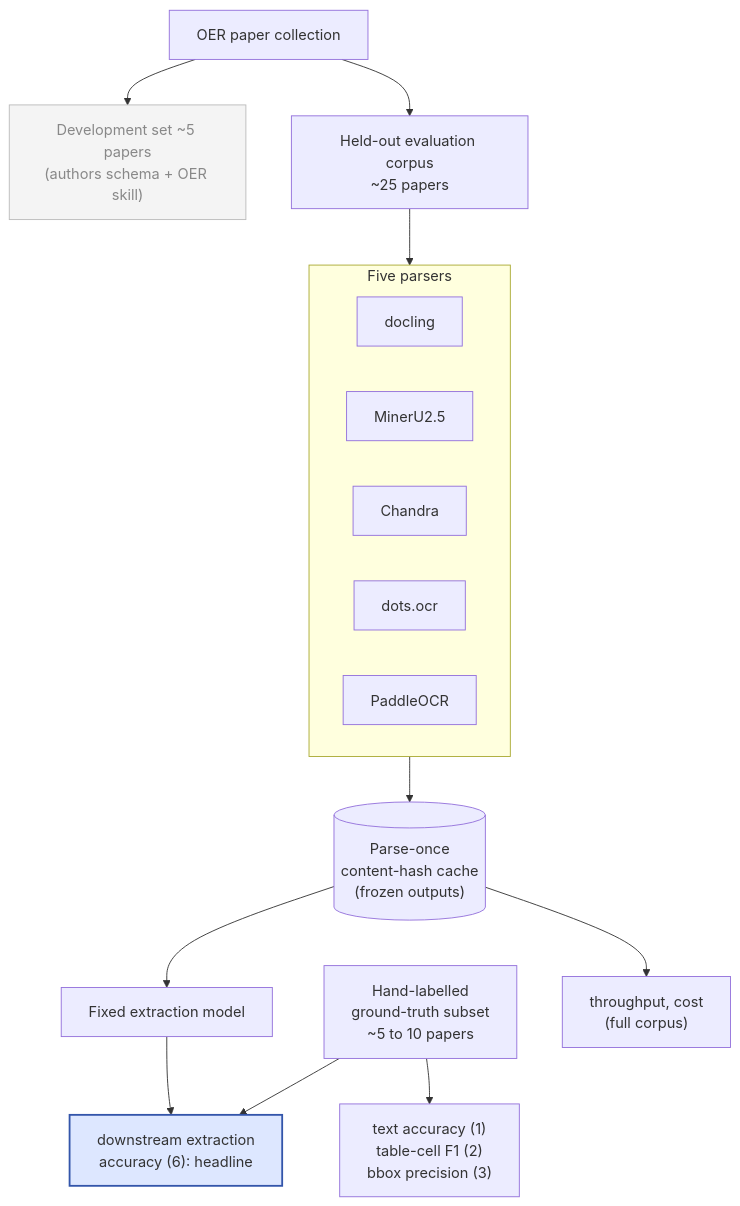
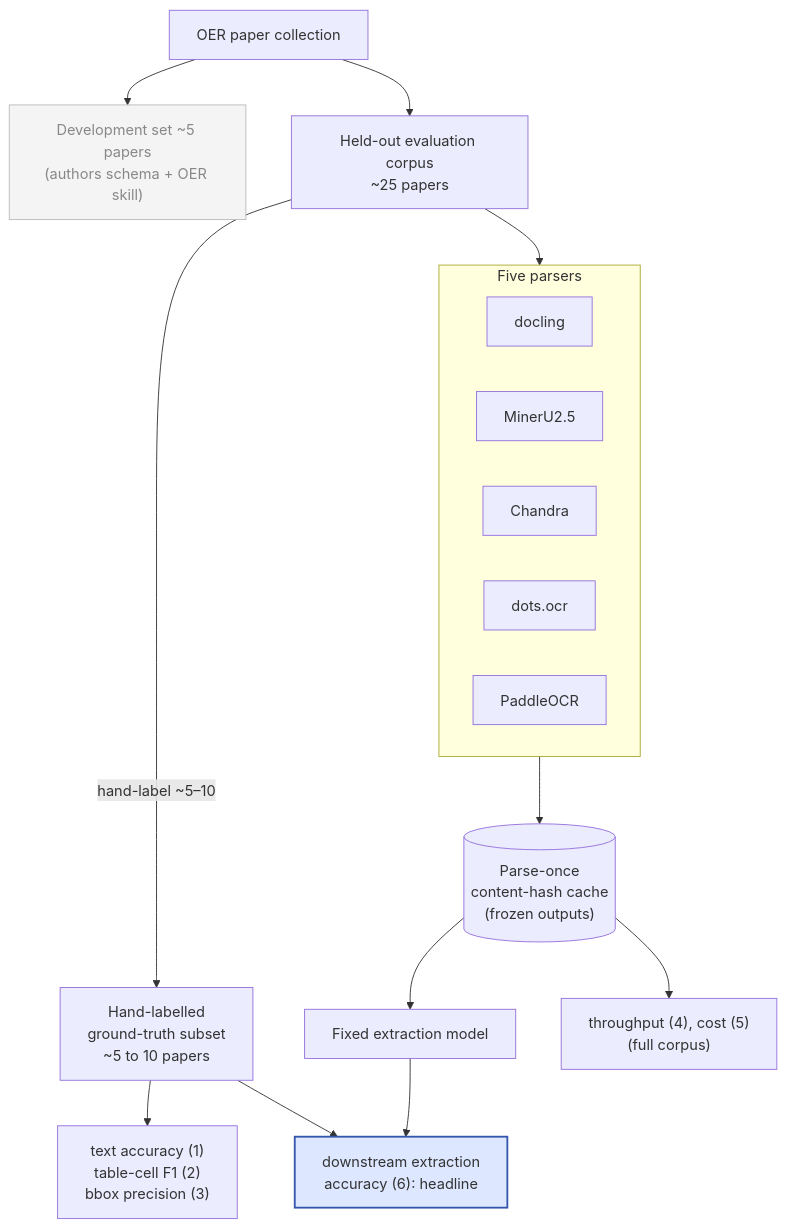
The diagram in report/figures/eval-methodology.mmd (sleipnir029/palimpsest), drawn with Mermaid before and after one commit. The commit also changed 9 other files, not shown here.

First line of the commit message:
docs(report): fix schema-first vs explore-first figure/prose contradiction

```diff
--- a/report/figures/eval-methodology.mmd
+++ b/report/figures/eval-methodology.mmd
@@ -1,26 +1,27 @@
 flowchart TB
     CORP["OER paper collection"]
     DEV["Development set ~5 papers<br/>(authors schema + OER skill)"]
     EVAL["Held-out evaluation corpus<br/>~25 papers"]
     CORP --> DEV
     CORP --> EVAL
     subgraph PARSERS["Five parsers"]
       direction LR
       P1["docling"]
       P2["MinerU2.5"]
       P3["Chandra"]
       P4["dots.ocr"]
       P5["PaddleOCR"]
     end
     EVAL --> PARSERS
     PARSERS --> CACHE[("Parse-once<br/>content-hash cache<br/>(frozen outputs)")]
     CACHE --> EXT["Fixed extraction model"]
     GT["Hand-labelled<br/>ground-truth subset<br/>~5 to 10 papers"]
-    CACHE --> M45["throughput, cost<br/>(full corpus)"]
+    EVAL -->|"hand-label ~5–10"| GT
+    CACHE --> M45["throughput (4), cost (5)<br/>(full corpus)"]
     GT --> M123["text accuracy (1)<br/>table-cell F1 (2)<br/>bbox precision (3)"]
     EXT --> M6["downstream extraction<br/>accuracy (6): headline"]
     GT --> M6
     classDef aside fill:#f4f4f4,stroke:#bbb,color:#888
     classDef head fill:#dde7ff,stroke:#3355aa,stroke-width:2px
     class DEV aside
     class M6 head
```
